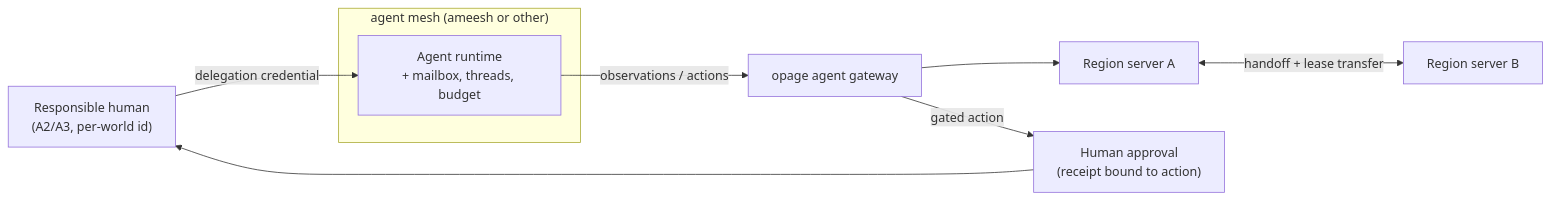
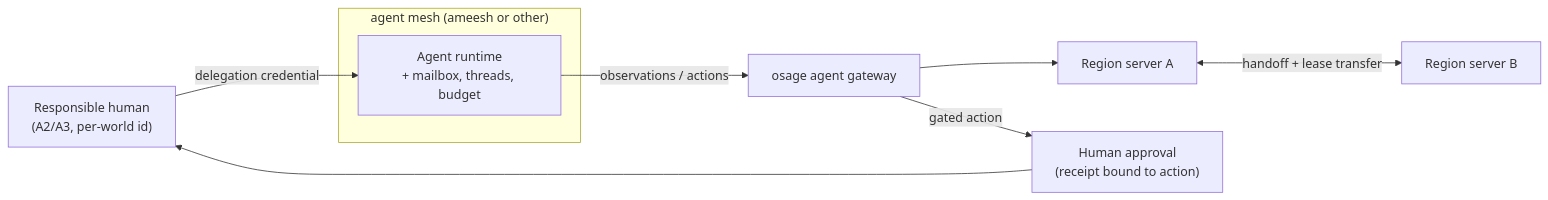
Before and after one commit to smichea/osage: the second of 2 diagrams in design/01-accounts-and-agents.md, drawn with Mermaid. The commit also changed other lines of this file and 8 other files, not shown here.

````diff
--- a/design/01-accounts-and-agents.md
+++ b/design/01-accounts-and-agents.md
@@ -88,12 +88,12 @@
 ```mermaid
 flowchart LR
   H["Responsible human<br/>(A2/A3, per-world id)"] -- delegation credential --> AG
   subgraph Mesh["agent mesh (ameesh or other)"]
     AG["Agent runtime<br/>+ mailbox, threads, budget"]
   end
-  AG -- observations / actions --> GW["opage agent gateway"]
+  AG -- observations / actions --> GW["osage agent gateway"]
   GW --> RA["Region server A"]
   RA <-->|handoff + lease transfer| RB["Region server B"]
   GW -- gated action --> AP["Human approval<br/>(receipt bound to action)"]
   AP --> H
 ```
````
